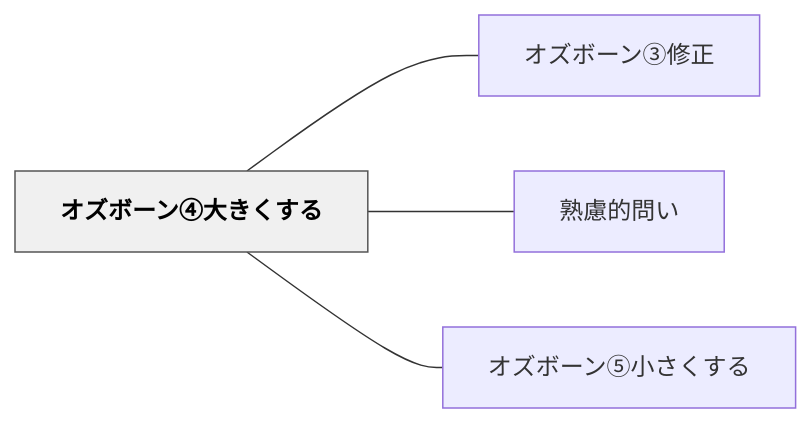
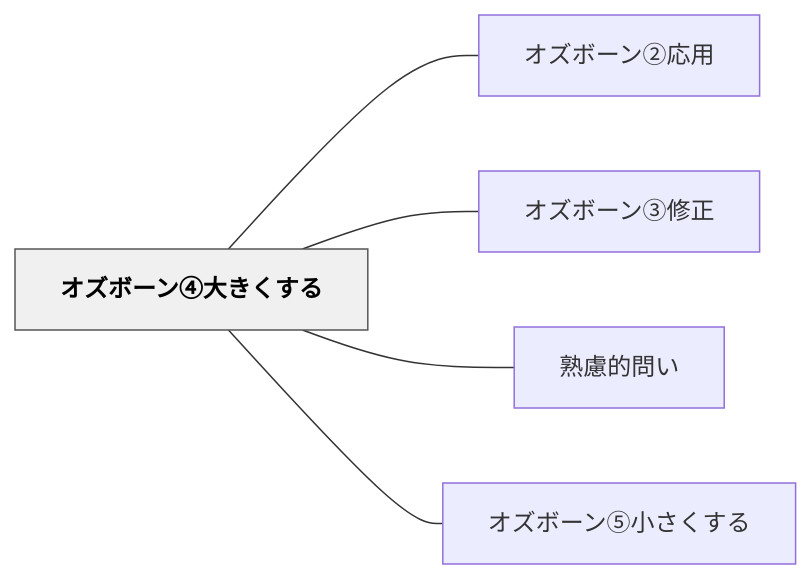
The diagram in content/パタン/オズボーン④大きくする.md (unknownthings-ed-patterns/unknownthings-ed-patterns), drawn with Mermaid before and after one commit. The commit also changed other lines of this file and 44 other files, not shown here.

````diff
--- a/content/パタン/オズボーン④大きくする.md
+++ b/content/パタン/オズボーン④大きくする.md
@@ -46,14 +47,16 @@
 ```mermaid
 flowchart LR
     ne382aae382bae3839ce383bce383b3e291a3e5a4a7e3818de3818fe38199e3828b["オズボーン④大きくする"]
+    ne382aae382bae3839ce383bce383b3e291a1e5bf9ce794a8["オズボーン②応用"]
     ne382aae382bae3839ce383bce383b3e291a2e4bfaee6ada3["オズボーン③修正"]
     ne7869fe685aee79a84e5958fe38184["熟慮的問い"]
     ne382aae382bae3839ce383bce383b3e291a4e5b08fe38195e3818fe38199e3828b["オズボーン⑤小さくする"]
 
+    ne382aae382bae3839ce383bce383b3e291a3e5a4a7e3818de3818fe38199e3828b --- ne382aae382bae3839ce383bce383b3e291a1e5bf9ce794a8
     ne382aae382bae3839ce383bce383b3e291a3e5a4a7e3818de3818fe38199e3828b --- ne382aae382bae3839ce383bce383b3e291a2e4bfaee6ada3
     ne382aae382bae3839ce383bce383b3e291a3e5a4a7e3818de3818fe38199e3828b --- ne7869fe685aee79a84e5958fe38184
     ne382aae382bae3839ce383bce383b3e291a3e5a4a7e3818de3818fe38199e3828b --- ne382aae382bae3839ce383bce383b3e291a4e5b08fe38195e3818fe38199e3828b
 
     classDef hub fill:#f0f0f0,stroke:#555,color:#000,font-weight:bold
     class ne382aae382bae3839ce383bce383b3e291a3e5a4a7e3818de3818fe38199e3828b hub
 ```
````
